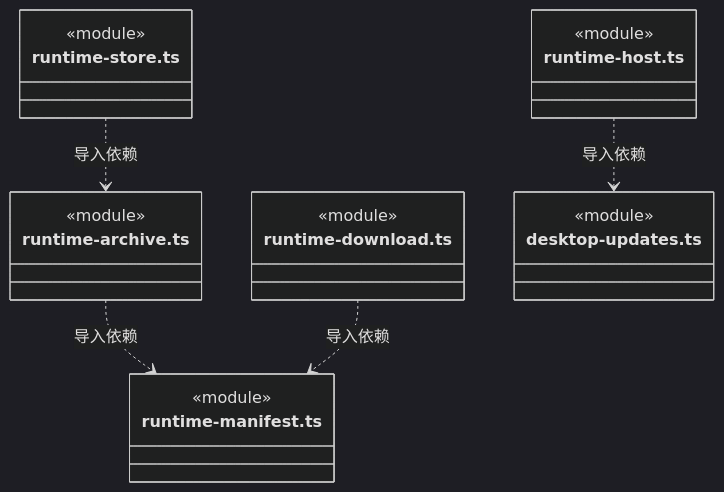
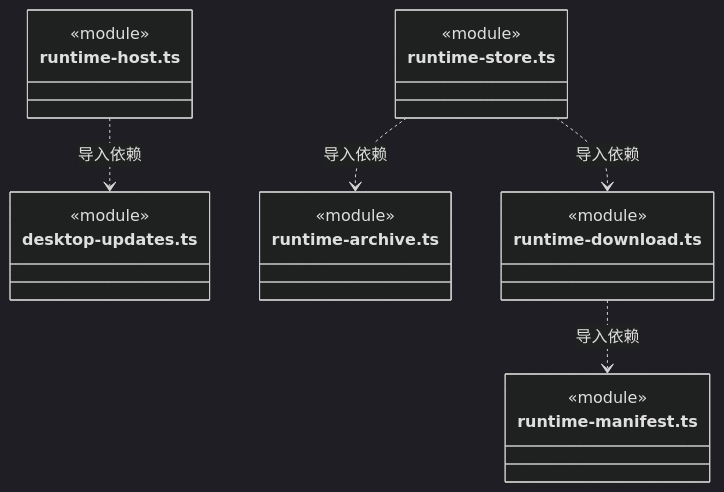
One commit to nan023062/cbim changed diagram 21 of 23 in src/logic/updates/service/ARCHITECTURE.md. Above: the diagram before and after it, drawn with Mermaid (dark theme). The commit also changed other lines of this file and 37 other files, not shown here.

````diff
--- a/src/logic/updates/service/ARCHITECTURE.md
+++ b/src/logic/updates/service/ARCHITECTURE.md
@@ -419,25 +479,25 @@
 ```mermaid
 classDiagram
-class N_src_logic_updates_service_runtime_archive_ts["runtime-archive.ts"] {
+class N_src_logic_updates_service_runtime_download_ts["runtime-download.ts"] {
   <<module>>
 }
 class N_src_logic_updates_service_runtime_manifest_ts["runtime-manifest.ts"] {
-  <<module>>
-}
-class N_src_logic_updates_service_runtime_download_ts["runtime-download.ts"] {
   <<module>>
 }
 class N_src_logic_updates_service_runtime_host_ts["runtime-host.ts"] {
   <<module>>
 }
 class N_src_logic_updates_service_desktop_updates_ts["desktop-updates.ts"] {
   <<module>>
 }
 class N_src_logic_updates_service_runtime_store_ts["runtime-store.ts"] {
   <<module>>
 }
-N_src_logic_updates_service_runtime_archive_ts ..> N_src_logic_updates_service_runtime_manifest_ts : 导入依赖
+class N_src_logic_updates_service_runtime_archive_ts["runtime-archive.ts"] {
+  <<module>>
+}
 N_src_logic_updates_service_runtime_download_ts ..> N_src_logic_updates_service_runtime_manifest_ts : 导入依赖
 N_src_logic_updates_service_runtime_host_ts ..> N_src_logic_updates_service_desktop_updates_ts : 导入依赖
 N_src_logic_updates_service_runtime_store_ts ..> N_src_logic_updates_service_runtime_archive_ts : 导入依赖
+N_src_logic_updates_service_runtime_store_ts ..> N_src_logic_updates_service_runtime_download_ts : 导入依赖
 ```
````
